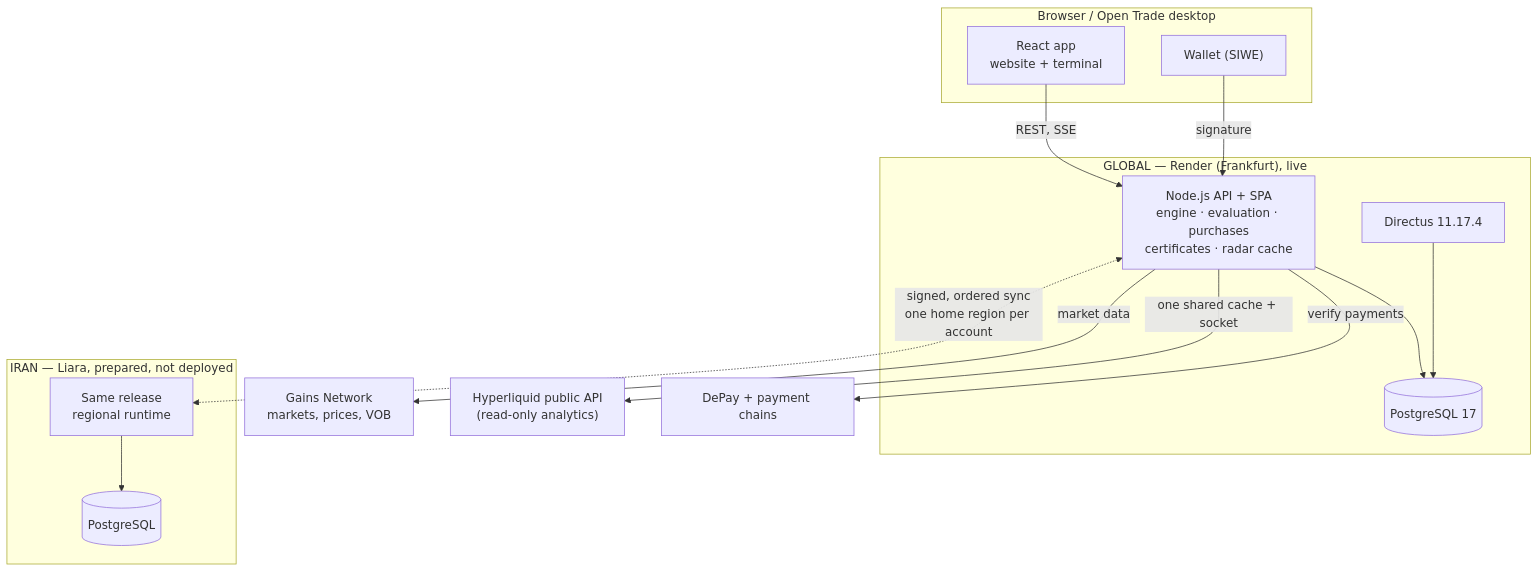
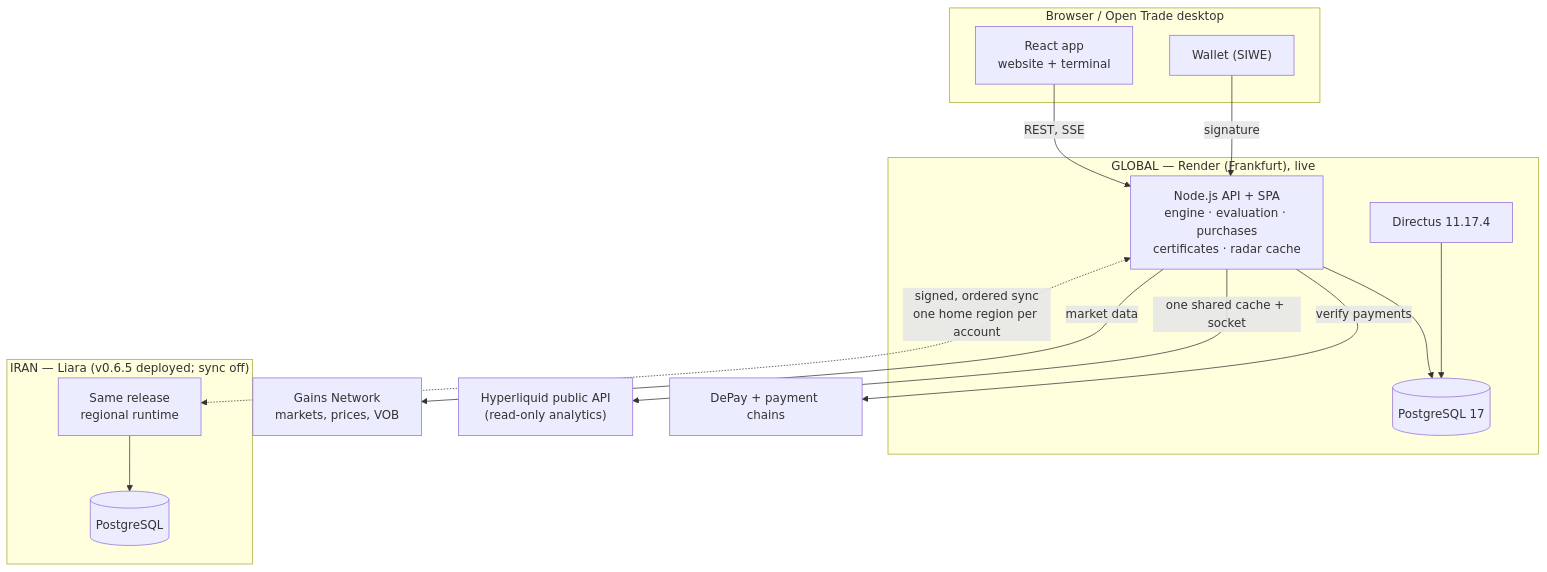
One commit to algomanlife/openfund changed the diagram in README.md. Above: the diagram before and after it, drawn with Mermaid. The commit also changed other lines of this file and 15 other files, not shown here.

````diff
--- a/README.md
+++ b/README.md
@@ -210,29 +223,29 @@
 ```mermaid
 flowchart TB
   subgraph Client["Browser / Open Trade desktop"]
     Web["React app<br/>website + terminal"]
     Wallet["Wallet (SIWE)"]
   end
   subgraph Global["GLOBAL — Render (Frankfurt), live"]
     API["Node.js API + SPA<br/>engine · evaluation · purchases<br/>certificates · radar cache"]
     CMS["Directus 11.17.4"]
     DB[("PostgreSQL 17")]
   end
-  subgraph Iran["IRAN — Liara, prepared, not deployed"]
+  subgraph Iran["IRAN — Liara (v0.6.5 deployed; sync off)"]
     APIIR["Same release<br/>regional runtime"]
     DBIR[("PostgreSQL")]
   end
   Gains["Gains Network<br/>markets, prices, VOB"]
   HL["Hyperliquid public API<br/>(read-only analytics)"]
   Pay["DePay + payment chains"]
 
   Web -->|REST, SSE| API
   Wallet -->|signature| API
   API --> DB
   CMS --> DB
   API -->|market data| Gains
   API -->|one shared cache + socket| HL
   API -->|verify payments| Pay
   APIIR --> DBIR
   API <-.->|"signed, ordered sync<br/>one home region per account"| APIIR
 ```
````
